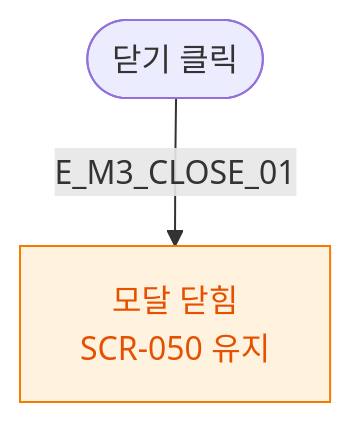
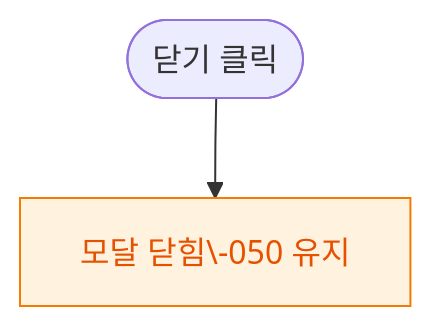
One commit to dev-spogym/admin-pando changed the diagram in docs/다이어그램/D06_시설관리/DLG/DLG-050-001_락커기록/M3_결과분기.md. Above: the diagram before and after it, drawn with Mermaid. The commit also changed other lines of this file and 1660 other files, not shown here.

First line of the commit message:
다이어그램: 기획자/클라이언트 납품본으로 정리

````diff
--- a/docs/다이어그램/D06_시설관리/DLG/DLG-050-001_락커기록/M3_결과분기.md
+++ b/docs/다이어그램/D06_시설관리/DLG/DLG-050-001_락커기록/M3_결과분기.md
@@ -16,7 +14,7 @@
 ```mermaid
 flowchart TD
-    ACTION([닫기 클릭]) -->|E_M3_CLOSE_01| CLOSE[모달 닫힘\nSCR-050 유지]
+    ACTION([닫기 클릭]) --> CLOSE[모달 닫힘\-050 유지]
 
     classDef modal fill:#FFF3E0,stroke:#F57C00,color:#E65100
     class CLOSE modal
 ```
````
